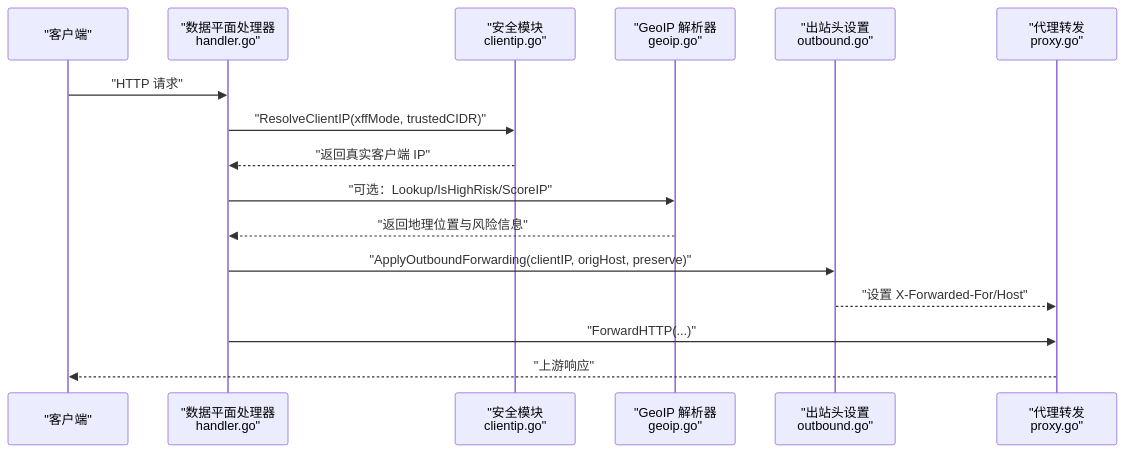
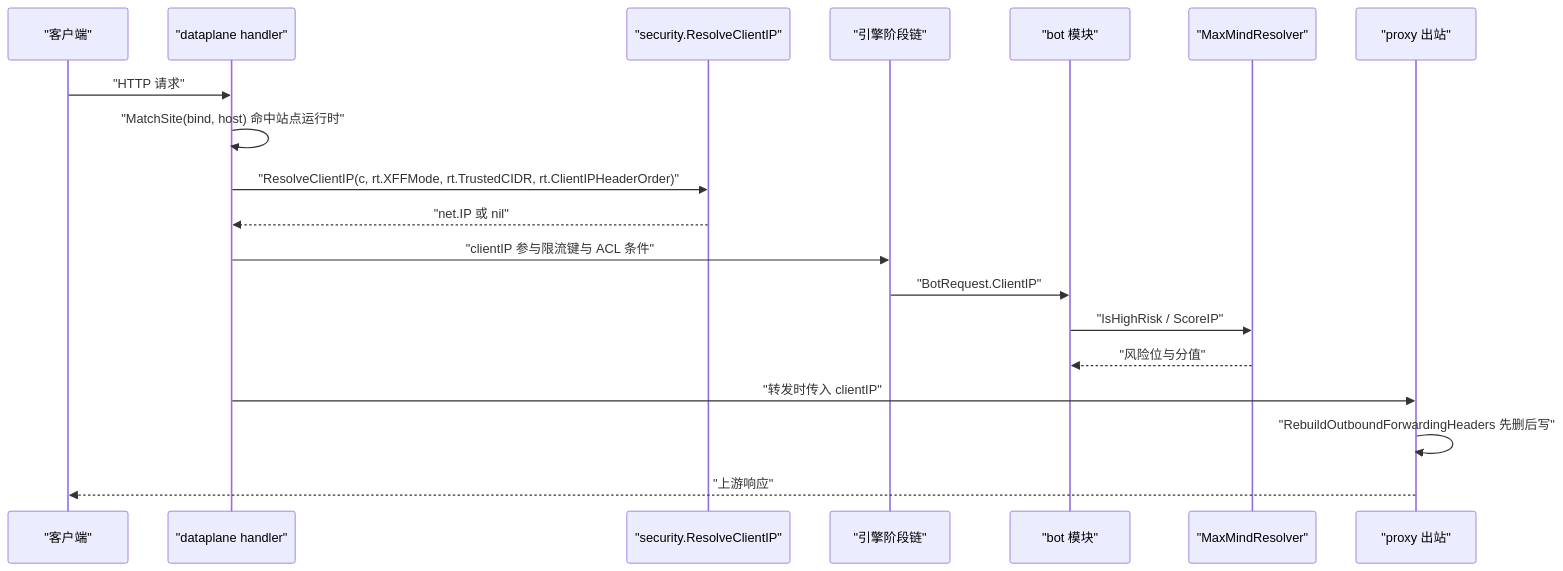
Before and after one commit to x01n/My-OpenWaf: the second of 6 diagrams in docs/安全机制/客户端 IP 获取.md, drawn with Mermaid. The commit also changed other lines of this file and 622 other files, not shown here.

````diff
--- a/docs/安全机制/客户端 IP 获取.md
+++ b/docs/安全机制/客户端 IP 获取.md
@@ -107,18 +154,21 @@
 ```mermaid
 sequenceDiagram
-participant Client as "客户端"
-participant DP as "数据平面处理器<br/>handler.go"
-participant SEC as "安全模块<br/>clientip.go"
-participant GEO as "GeoIP 解析器<br/>geoip.go"
-participant OUT as "出站头设置<br/>outbound.go"
-participant PRX as "代理转发<br/>proxy.go"
-Client->>DP : "HTTP 请求"
-DP->>SEC : "ResolveClientIP(xffMode, trustedCIDR)"
-SEC-->>DP : "返回真实客户端 IP"
-DP->>GEO : "可选：Lookup/IsHighRisk/ScoreIP"
-GEO-->>DP : "返回地理位置与风险信息"
-DP->>OUT : "ApplyOutboundForwarding(clientIP, origHost, preserve)"
-OUT-->>PRX : "设置 X-Forwarded-For/Host"
-DP->>PRX : "ForwardHTTP(...)"
-PRX-->>Client : "上游响应"
+  participant C as "客户端"
+  participant DP as "dataplane handler"
+  participant SEC as "security.ResolveClientIP"
+  participant ENG as "引擎阶段链"
+  participant BOT as "bot 模块"
+  participant GEO as "MaxMindResolver"
+  participant PRX as "proxy 出站"
+  C->>DP: "HTTP 请求"
+  DP->>DP: "MatchSite(bind, host) 命中站点运行时"
+  DP->>SEC: "ResolveClientIP(c, rt.XFFMode, rt.TrustedCIDR, rt.ClientIPHeaderOrder)"
+  SEC-->>DP: "net.IP 或 nil"
+  DP->>ENG: "clientIP 参与限流键与 ACL 条件"
+  ENG->>BOT: "BotRequest.ClientIP"
+  BOT->>GEO: "IsHighRisk / ScoreIP"
+  GEO-->>BOT: "风险位与分值"
+  DP->>PRX: "转发时传入 clientIP"
+  PRX->>PRX: "RebuildOutboundForwardingHeaders 先删后写"
+  PRX-->>C: "上游响应"
 ```
````
